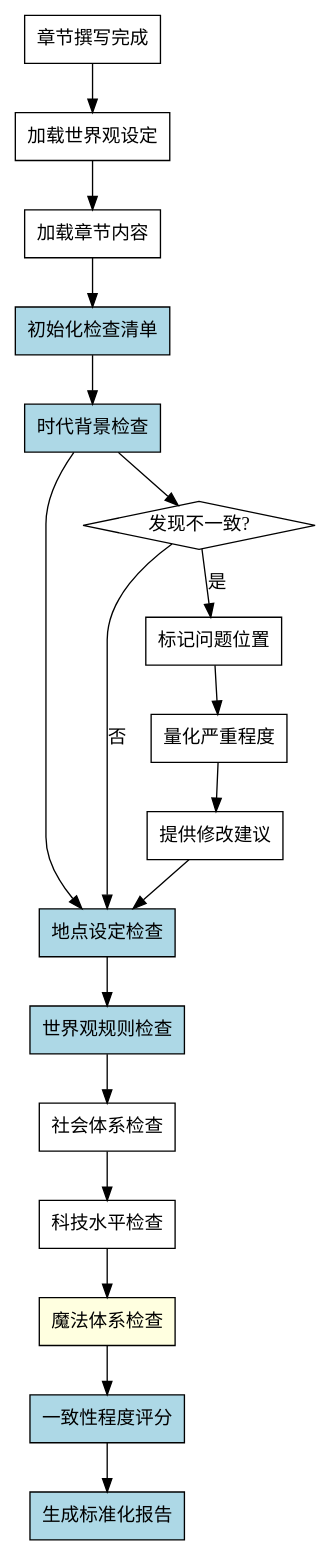
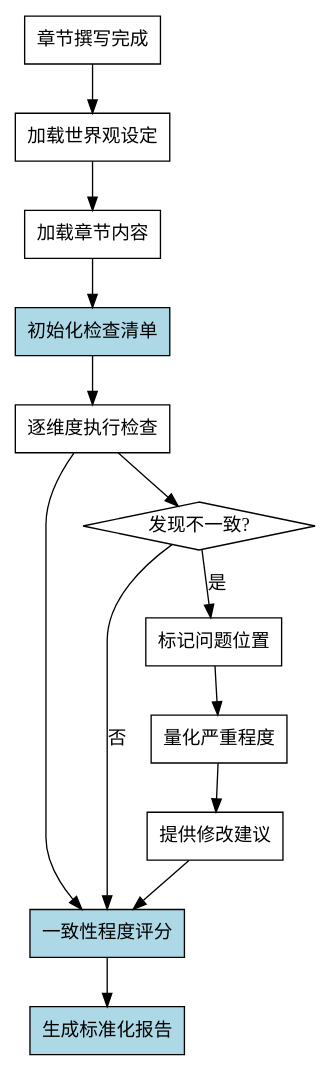
Before and after one commit to llklkl/novel: the diagram in .opencode/skills/check-setting/SKILL.md, drawn with Graphviz. The commit also changed other lines of this file and 19 other files, not shown here.

````diff
--- a/.opencode/skills/check-setting/SKILL.md
+++ b/.opencode/skills/check-setting/SKILL.md
@@ -34,42 +27,32 @@
 ```dot
 digraph check_setting {
     rankdir=TB;
     
     "章节撰写完成" [shape=box];
     "加载世界观设定" [shape=box];
     "加载章节内容" [shape=box];
     "初始化检查清单" [shape=box, style=filled, fillcolor=lightblue];
-    "时代背景检查" [shape=box, style=filled, fillcolor=lightblue];
-    "地点设定检查" [shape=box, style=filled, fillcolor=lightblue];
-    "世界观规则检查" [shape=box, style=filled, fillcolor=lightblue];
-    "社会体系检查" [shape=box];
-    "科技水平检查" [shape=box];
-    "魔法体系检查" [shape=box, style=filled, fillcolor=lightyellow];
+    "逐维度执行检查" [shape=box];
     "一致性程度评分" [shape=box, style=filled, fillcolor=lightblue];
     "生成标准化报告" [shape=box, style=filled, fillcolor=lightblue];
     "发现不一致?" [shape=diamond];
     "标记问题位置" [shape=box];
     "量化严重程度" [shape=box];
     "提供修改建议" [shape=box];
     
     "章节撰写完成" -> "加载世界观设定";
     "加载世界观设定" -> "加载章节内容";
     "加载章节内容" -> "初始化检查清单";
-    "初始化检查清单" -> "时代背景检查";
-    "时代背景检查" -> "地点设定检查";
-    "地点设定检查" -> "世界观规则检查";
-    "世界观规则检查" -> "社会体系检查";
-    "社会体系检查" -> "科技水平检查";
-    "科技水平检查" -> "魔法体系检查";
-    "魔法体系检查" -> "一致性程度评分";
+    "初始化检查清单" -> "逐维度执行检查";
+    "逐维度执行检查" -> "一致性程度评分";
     
-    "时代背景检查" -> "发现不一致?";
+    "逐维度执行检查" -> "发现不一致?";
     "发现不一致?" -> "标记问题位置" [label="是"];
-    "发现不一致?" -> "地点设定检查" [label="否"];
+    "发现不一致?" -> "一致性程度评分" [label="否"];
     "标记问题位置" -> "量化严重程度";
     "量化严重程度" -> "提供修改建议";
-    "提供修改建议" -> "地点设定检查";
+    "提供修改建议" -> "一致性程度评分";
     
     "一致性程度评分" -> "生成标准化报告";
 }
 ```
````
